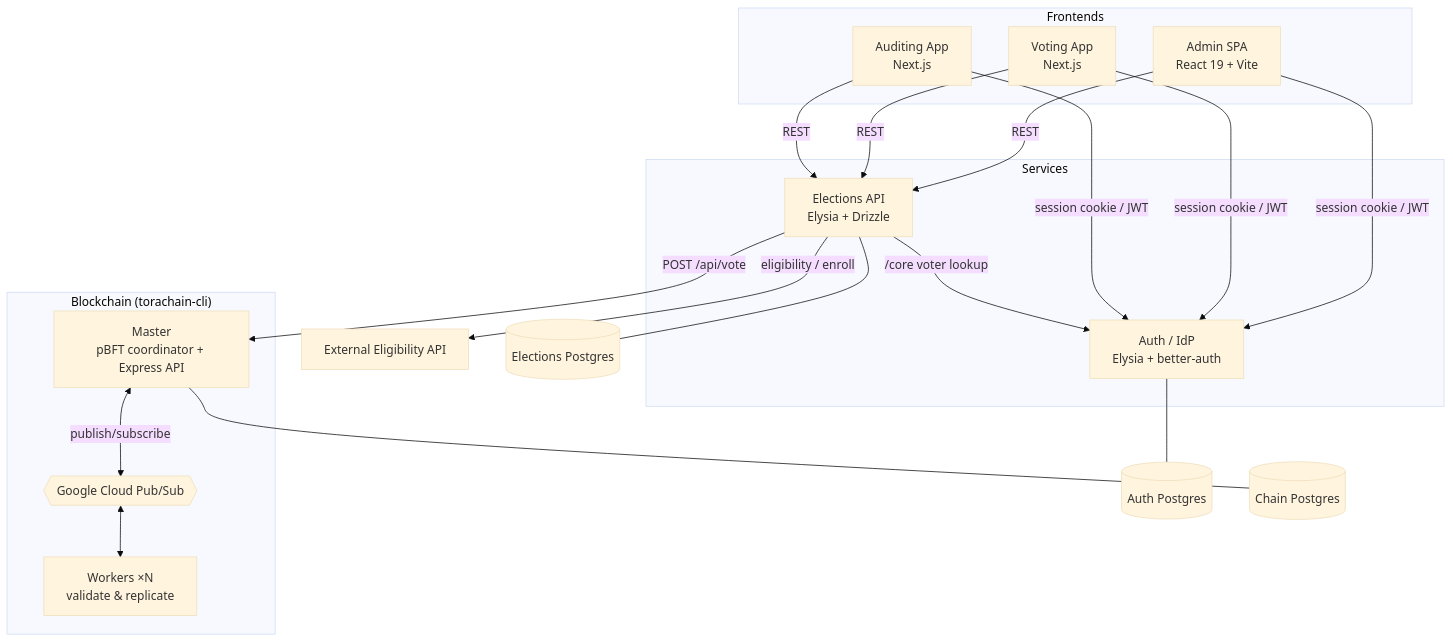
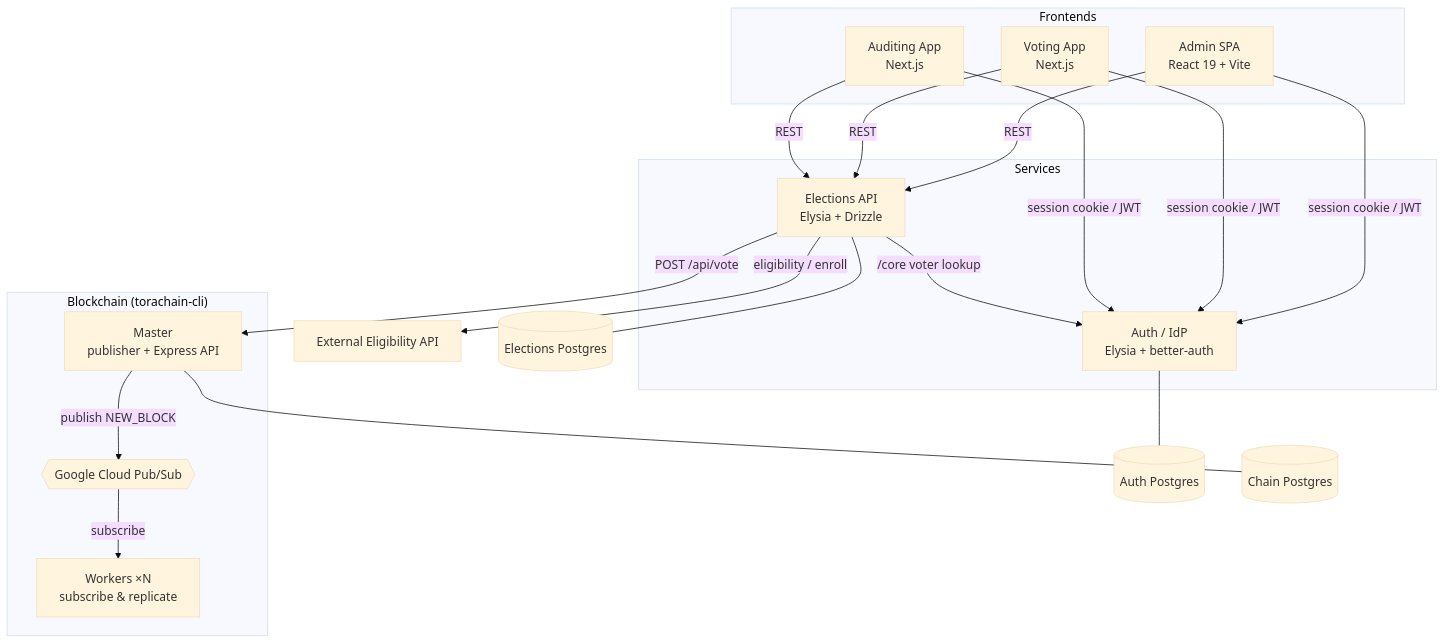
One commit to irumvanselme/ToraChain changed the first of 2 diagrams in docs/architecture.md. Above: the diagram before and after it, drawn with Mermaid (base theme). The commit also changed other lines of this file and 17 other files, not shown here.

Commit message:
feat: refactor master and worker nodes to simplify Pub/Sub architecture and remove pBFT consensus logic

````diff
--- a/docs/architecture.md
+++ b/docs/architecture.md
@@ -13,36 +13,36 @@
 ```mermaid
 flowchart TB
     subgraph Frontends
         admin["Admin SPA<br/>React 19 + Vite"]
         voting["Voting App<br/>Next.js"]
         audit["Auditing App<br/>Next.js"]
     end
 
     subgraph Services
         auth["Auth / IdP<br/>Elysia + better-auth"]
         api["Elections API<br/>Elysia + Drizzle"]
     end
 
     subgraph "Blockchain (torachain-cli)"
-        master["Master<br/>pBFT coordinator + Express API"]
-        workers["Workers ×N<br/>validate & replicate"]
+        master["Master<br/>publisher + Express API"]
+        workers["Workers ×N<br/>subscribe & replicate"]
         pubsub{{"Google Cloud Pub/Sub"}}
     end
 
     ext["External Eligibility API"]
     authdb[("Auth Postgres")]
     apidb[("Elections Postgres")]
     chaindb[("Chain Postgres")]
 
     admin & voting & audit -->|session cookie / JWT| auth
     admin & voting & audit -->|REST| api
     api -->|/core voter lookup| auth
     api -->|eligibility / enroll| ext
     api -->|POST /api/vote| master
-    master <-->|publish/subscribe| pubsub
-    pubsub <--> workers
+    master -->|publish NEW_BLOCK| pubsub
+    pubsub -->|subscribe| workers
 
     auth --- authdb
     api --- apidb
     master --- chaindb
 ```
````
